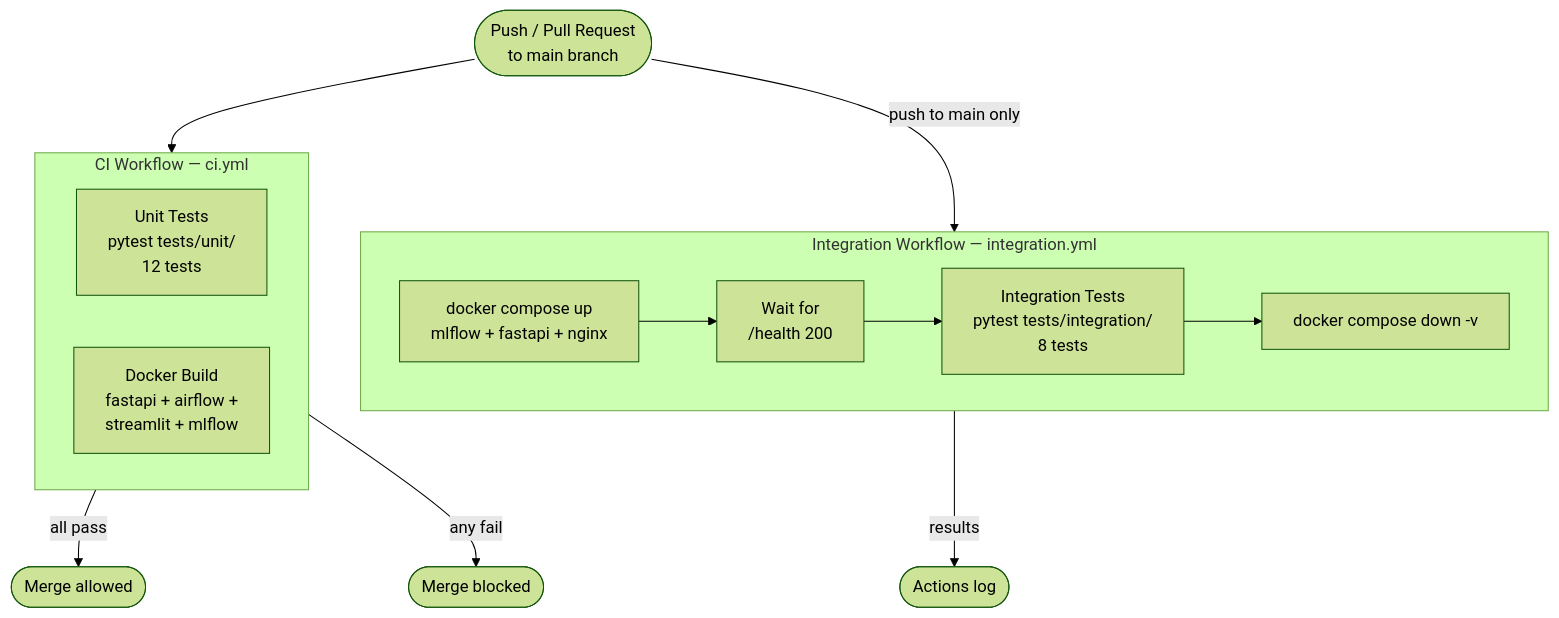
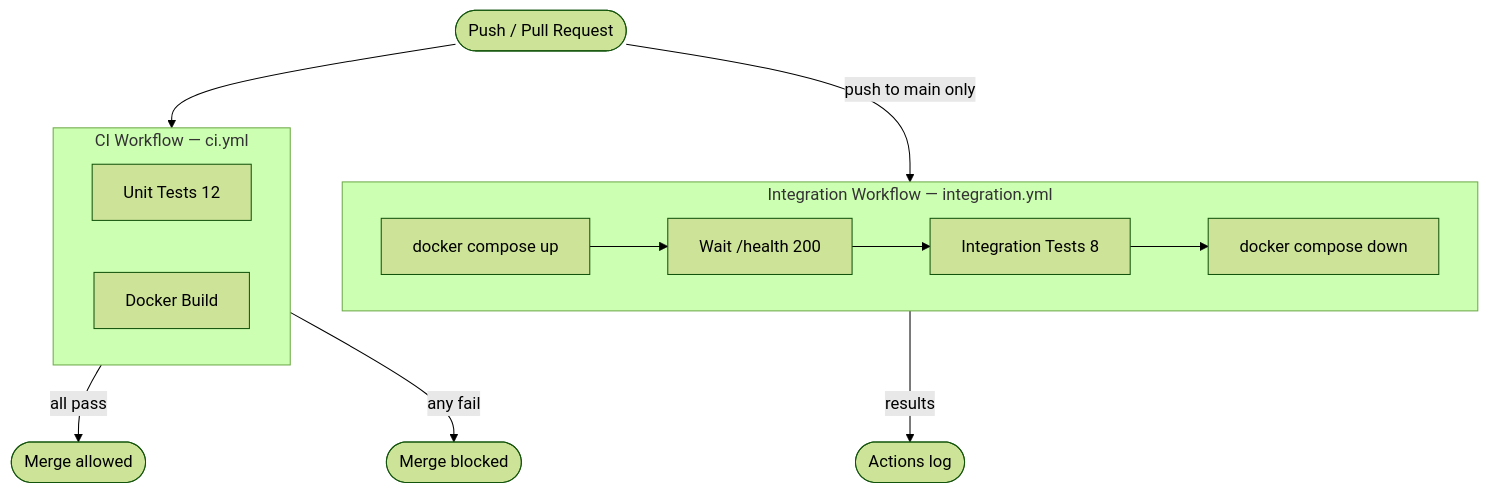
One commit to YashrajRC/DA5402_MLOPS_ProjectV2 changed the sixth of 7 diagrams in docs/architecture.md. Above: the diagram before and after it, drawn with Mermaid (forest theme). The commit also changed other lines of this file and 6 other files, not shown here.

````diff
--- a/docs/architecture.md
+++ b/docs/architecture.md
@@ -215,25 +215,25 @@
 ```mermaid
 flowchart TD
-    PR([Push / Pull Request\nto main branch])
+    PR([Push / Pull Request])
 
     subgraph CI["CI Workflow — ci.yml"]
-        UT[Unit Tests\npytest tests/unit/\n12 tests]
-        DB[Docker Build\nfastapi + airflow +\nstreamlit + mlflow]
+        UT[Unit Tests 12]
+        DB[Docker Build]
         UT & DB
     end
 
     subgraph INT["Integration Workflow — integration.yml"]
-        SVC[docker compose up\nmlflow + fastapi + nginx]
-        WAIT[Wait for\n/health 200]
-        IT[Integration Tests\npytest tests/integration/\n8 tests]
-        DOWN[docker compose down -v]
+        SVC[docker compose up]
+        WAIT[Wait /health 200]
+        IT[Integration Tests 8]
+        DOWN[docker compose down]
         SVC --> WAIT --> IT --> DOWN
     end
 
     PR --> CI
     PR -->|push to main only| INT
 
     CI -->|all pass| MERGE([Merge allowed])
     CI -->|any fail| BLOCK([Merge blocked])
     INT -->|results| LOG([Actions log])
 ```
````
